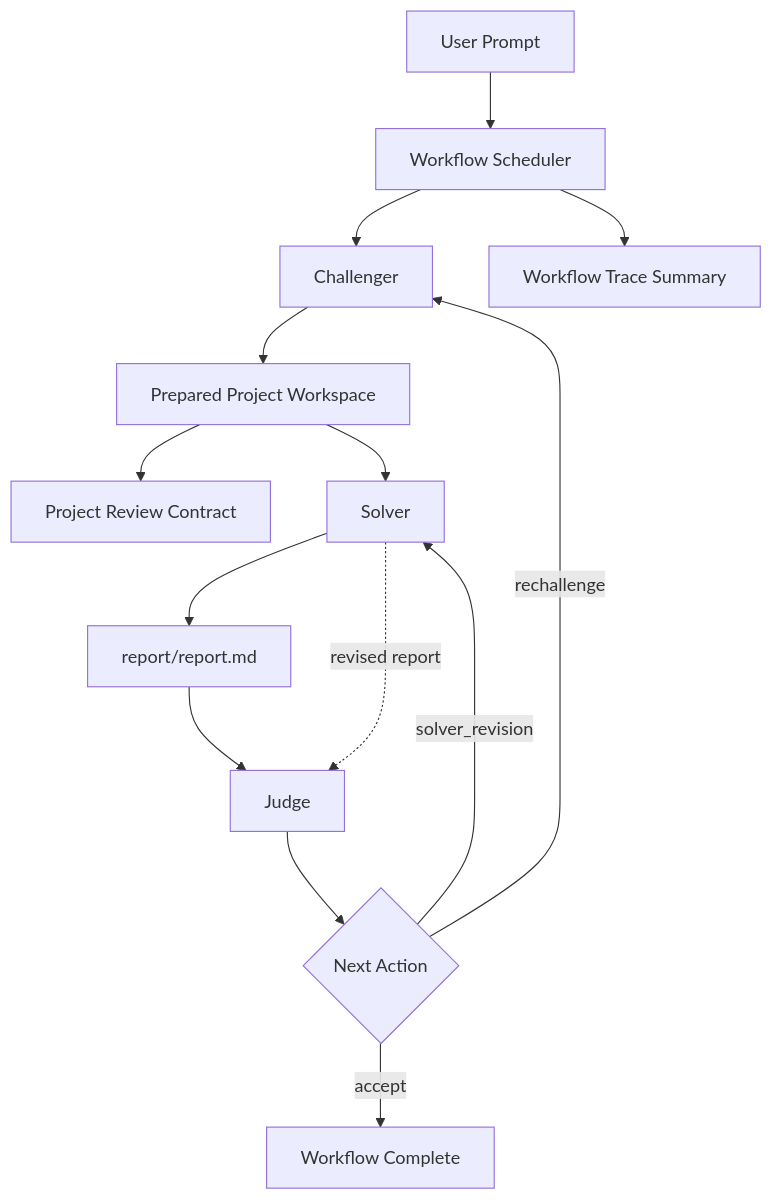
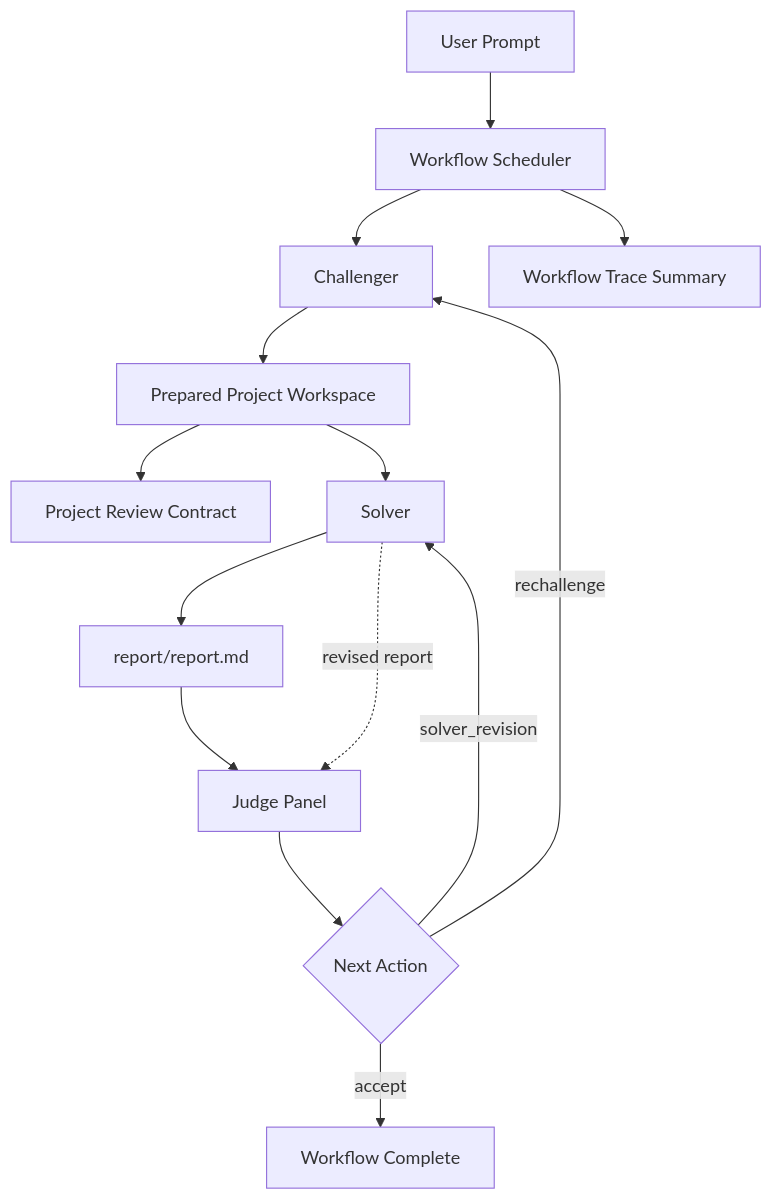
Before and after one commit to InternScience/MarkScientist: the first of 2 diagrams in README.md, drawn with Mermaid. The commit also changed other lines of this file and 8 other files, not shown here.

````diff
--- a/README.md
+++ b/README.md
@@ -95,16 +99,16 @@
 ```mermaid
 flowchart TD
     U[User Prompt] --> WF[Workflow Scheduler]
     WF --> C[Challenger]
     C --> P[Prepared Project Workspace]
     P --> JP[Project Review Contract]
     P --> S[Solver]
     S --> R[report/report.md]
-    R --> J[Judge]
+    R --> J[Judge Panel]
     J --> F{Next Action}
     F -->|solver_revision| S
     F -->|rechallenge| C
     F -->|accept| DONE[Workflow Complete]
     S -. revised report .-> J
     WF --> T[Workflow Trace Summary]
 ```
````
